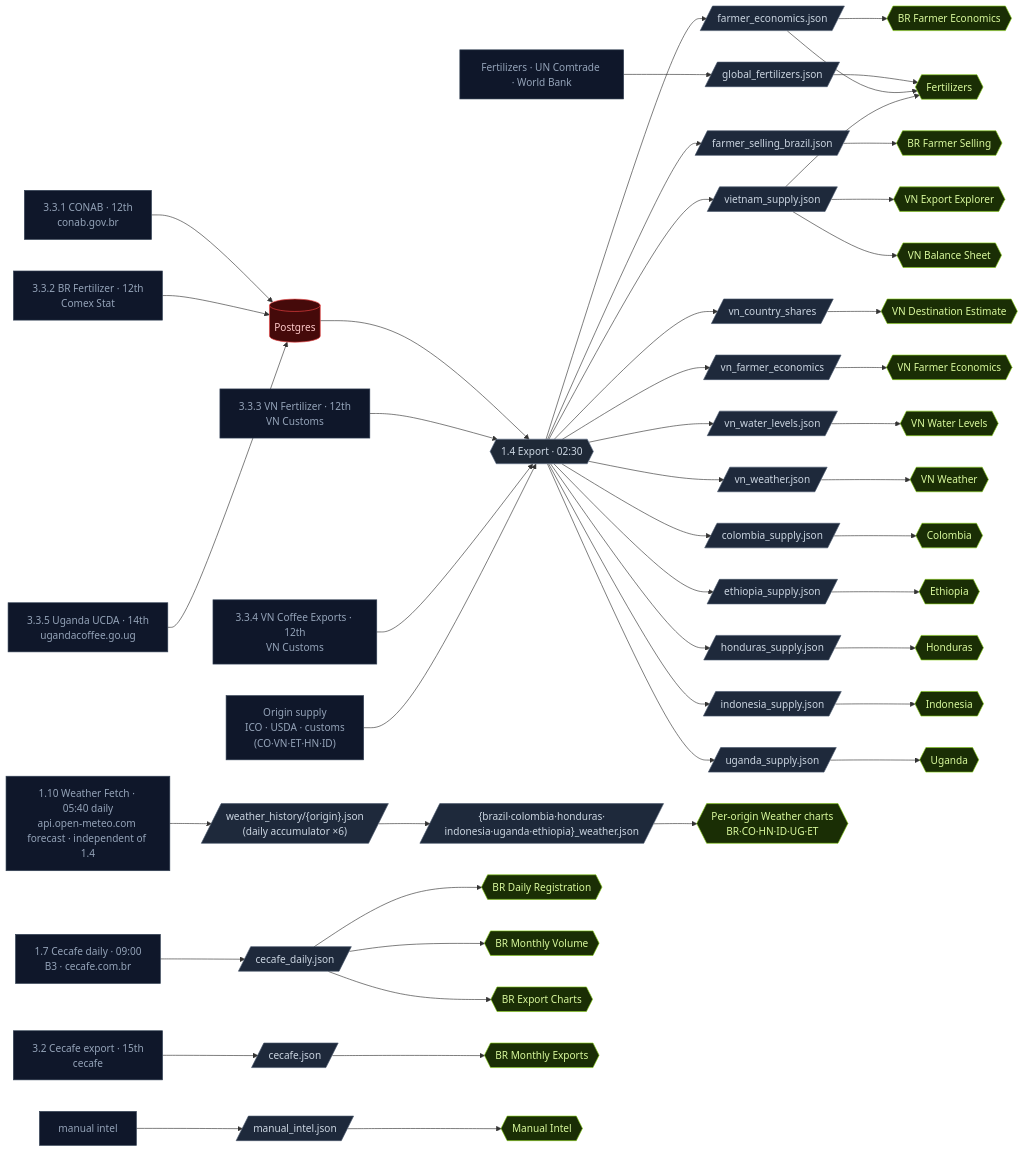
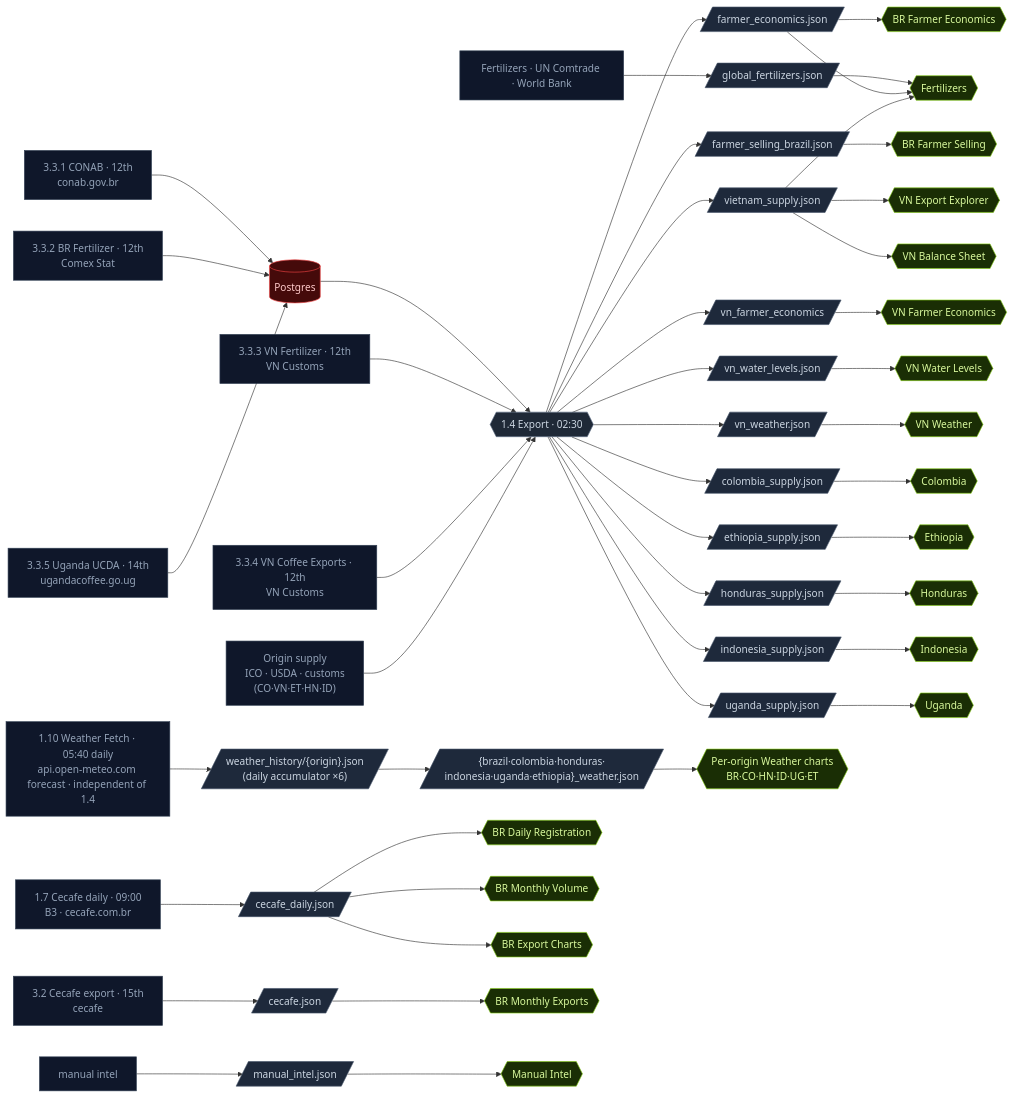
One commit to loicscanu-ctrl/Coffee-intel-map changed the fifth of 9 diagrams in docs/DATA_PLATFORM_MAP.md. Above: the diagram before and after it, drawn with Mermaid. The commit also changed 3 other files, not shown here.

````diff
--- a/docs/DATA_PLATFORM_MAP.md
+++ b/docs/DATA_PLATFORM_MAP.md
@@ -355,7 +355,6 @@
   J_fe[/farmer_economics.json/]
   J_fsell[/farmer_selling_brazil.json/]
   J_vn[/vietnam_supply.json/]
-  J_vnx[/vn_country_shares/]
   J_vnfe[/vn_farmer_economics/]
   J_vnwl[/vn_water_levels.json/]
   J_vnw[/vn_weather.json/]
@@ -376,7 +375,6 @@
   sell{{BR Farmer Selling}}
   cec{{BR Monthly Exports}}
   vnexp{{VN Export Explorer}}
-  vndest{{VN Destination Estimate}}
   vnbal{{VN Balance Sheet}}
   vnfe{{VN Farmer Economics}}
   vnwl{{VN Water Levels}}
@@ -406,7 +404,6 @@
   EXP --> J_fe
   EXP --> J_fsell
   EXP --> J_vn
-  EXP --> J_vnx
   EXP --> J_vnfe
   EXP --> J_vnwl
   EXP --> J_vnw
@@ -419,7 +416,6 @@
   J_fsell --> sell
   J_vn --> vnexp
   J_vn --> vnbal
-  J_vnx --> vndest
   J_vnfe --> vnfe
   J_vnwl --> vnwl
   J_vnw --> vnw
@@ -444,6 +440,6 @@
   class W17,W32,W331,W332,W333,W334,W335,WCNTRY,WFERT,WINTEL,W110 scr;
   class DB store;
   class EXP proc;
-  class J_cecd,J_cec,J_fe,J_fsell,J_vn,J_vnx,J_vnfe,J_vnwl,J_vnw,J_co,J_et,J_hn,J_id,J_ug,J_ferts,J_intel,J_whist,J_owx json;
-  class br,mv,brexp,bfe,sell,cec,vnexp,vndest,vnbal,vnfe,vnwl,vnw,coexp,et,hn,idn,ug,fert,intel,owx vis;
+  class J_cecd,J_cec,J_fe,J_fsell,J_vn,J_vnfe,J_vnwl,J_vnw,J_co,J_et,J_hn,J_id,J_ug,J_ferts,J_intel,J_whist,J_owx json;
+  class br,mv,brexp,bfe,sell,cec,vnexp,vnbal,vnfe,vnwl,vnw,coexp,et,hn,idn,ug,fert,intel,owx vis;
 ```
````
